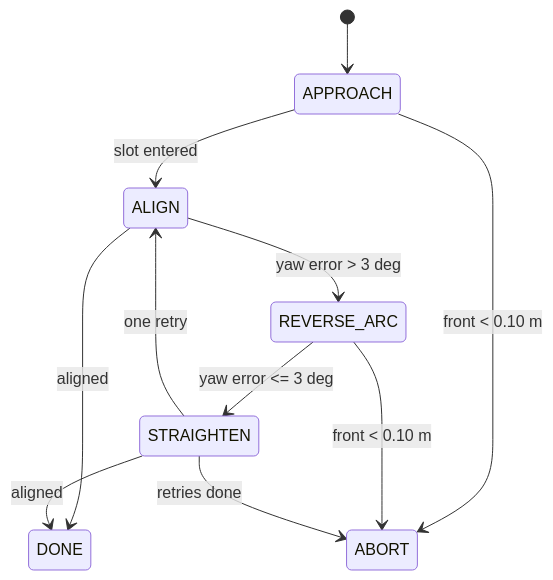
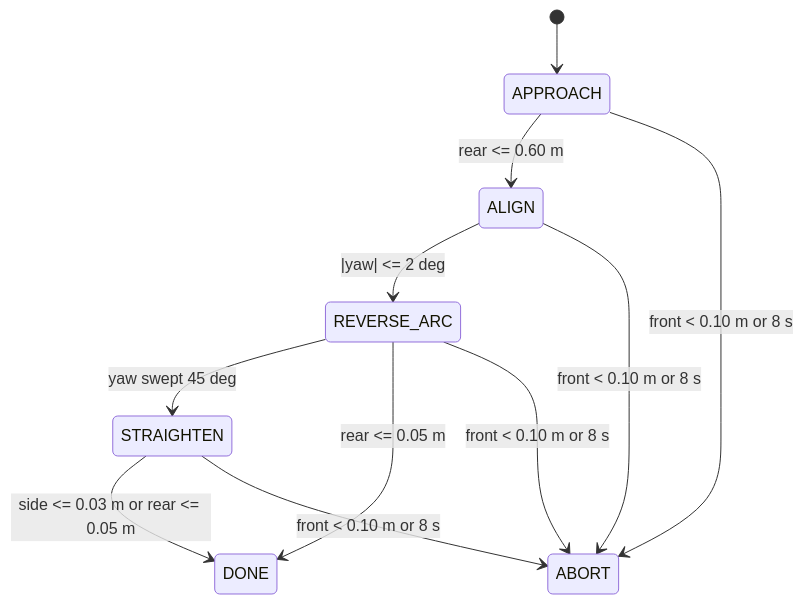
Before and after one commit to strvaeq/Robotek-WRO2026: the fourth of 4 diagrams in docs/03-software-architecture.md, drawn with Mermaid. The commit also changed other lines of this file and 2 other files, not shown here.

First line of the commit message:
docs: align parking section with the implemented state machine

````diff
--- a/docs/03-software-architecture.md
+++ b/docs/03-software-architecture.md
@@ -244,13 +245,13 @@
 ```mermaid
 stateDiagram-v2
   [*] --> APPROACH
-  APPROACH --> ALIGN: slot entered
-  ALIGN --> REVERSE_ARC: yaw error > 3 deg
-  ALIGN --> DONE: aligned
-  REVERSE_ARC --> STRAIGHTEN: yaw error <= 3 deg
-  STRAIGHTEN --> DONE: aligned
-  STRAIGHTEN --> ALIGN: one retry
-  APPROACH --> ABORT: front < 0.10 m
-  REVERSE_ARC --> ABORT: front < 0.10 m
-  STRAIGHTEN --> ABORT: retries done
+  APPROACH --> ALIGN: rear <= 0.60 m
+  ALIGN --> REVERSE_ARC: |yaw| <= 2 deg
+  REVERSE_ARC --> STRAIGHTEN: yaw swept 45 deg
+  REVERSE_ARC --> DONE: rear <= 0.05 m
+  STRAIGHTEN --> DONE: side <= 0.03 m or rear <= 0.05 m
+  APPROACH --> ABORT: front < 0.10 m or 8 s
+  ALIGN --> ABORT: front < 0.10 m or 8 s
+  REVERSE_ARC --> ABORT: front < 0.10 m or 8 s
+  STRAIGHTEN --> ABORT: front < 0.10 m or 8 s
 ```
````
